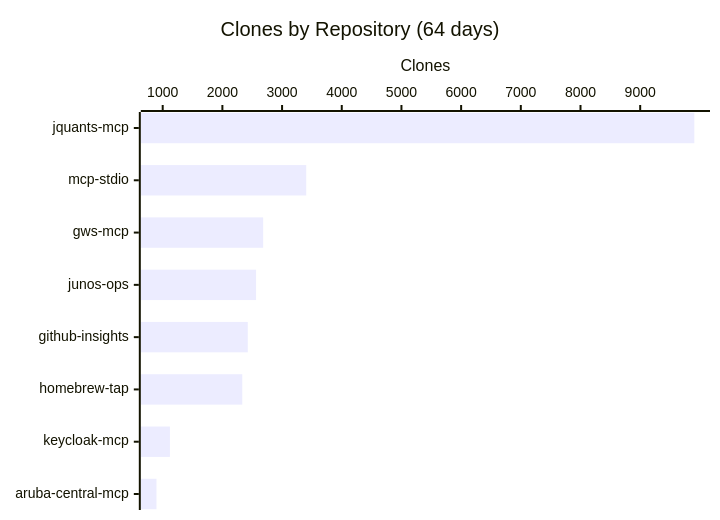
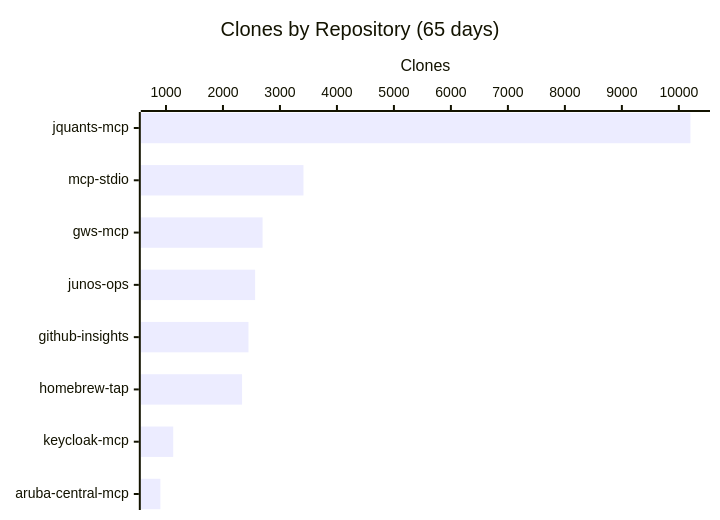
Before and after one commit to shigechika/github-insights: the third of 3 diagrams in README.md, drawn with Mermaid. The commit also changed other lines of this file and 2 other files, not shown here.

````diff
--- a/README.md
+++ b/README.md
@@ -38,7 +38,7 @@
 ```mermaid
 xychart-beta horizontal
-    title "Clones by Repository (64 days)"
+    title "Clones by Repository (65 days)"
     x-axis ["jquants-mcp", "mcp-stdio", "gws-mcp", "junos-ops", "github-insights", "homebrew-tap", "keycloak-mcp", "aruba-central-mcp"]
     y-axis "Clones"
-    bar [9907, 3405, 2683, 2564, 2425, 2333, 1121, 896]
+    bar [10203, 3413, 2695, 2564, 2448, 2335, 1127, 902]
 ```
````
